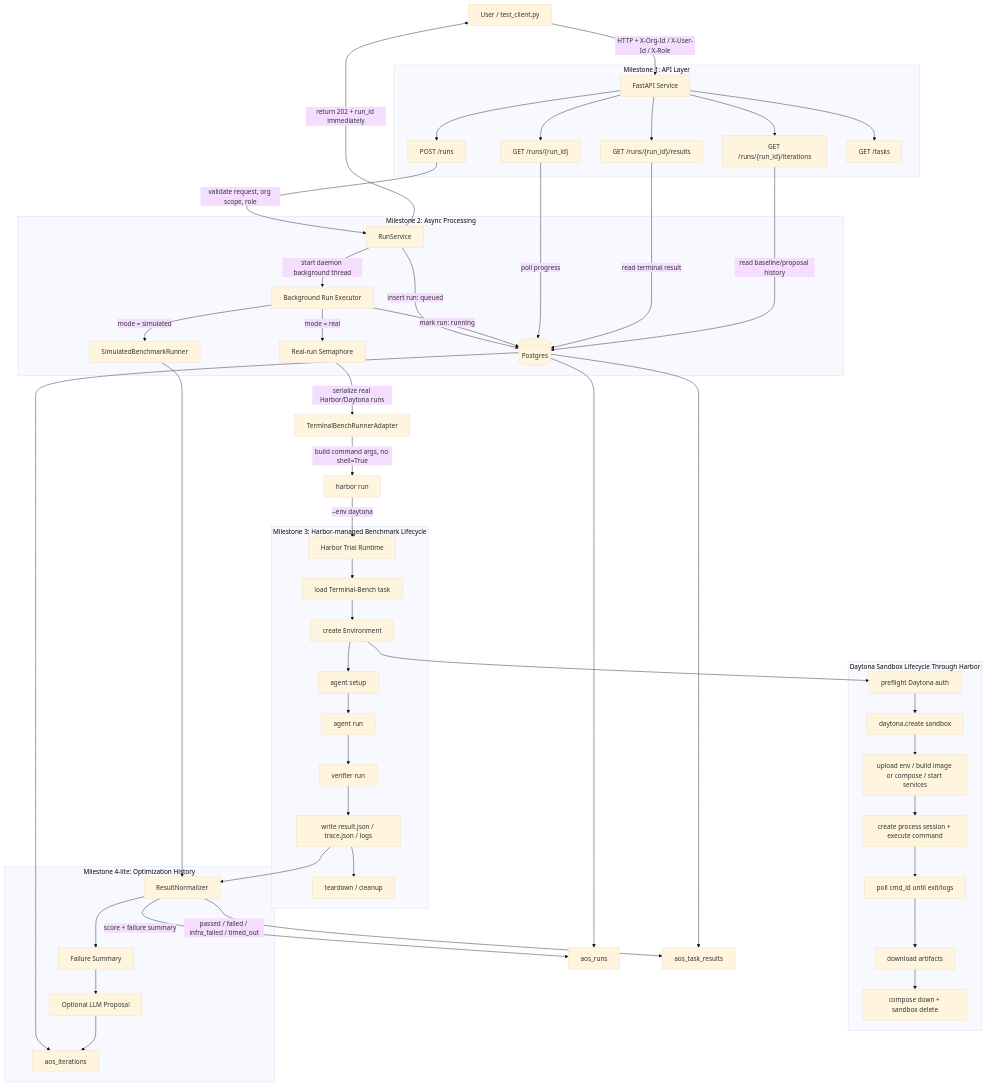
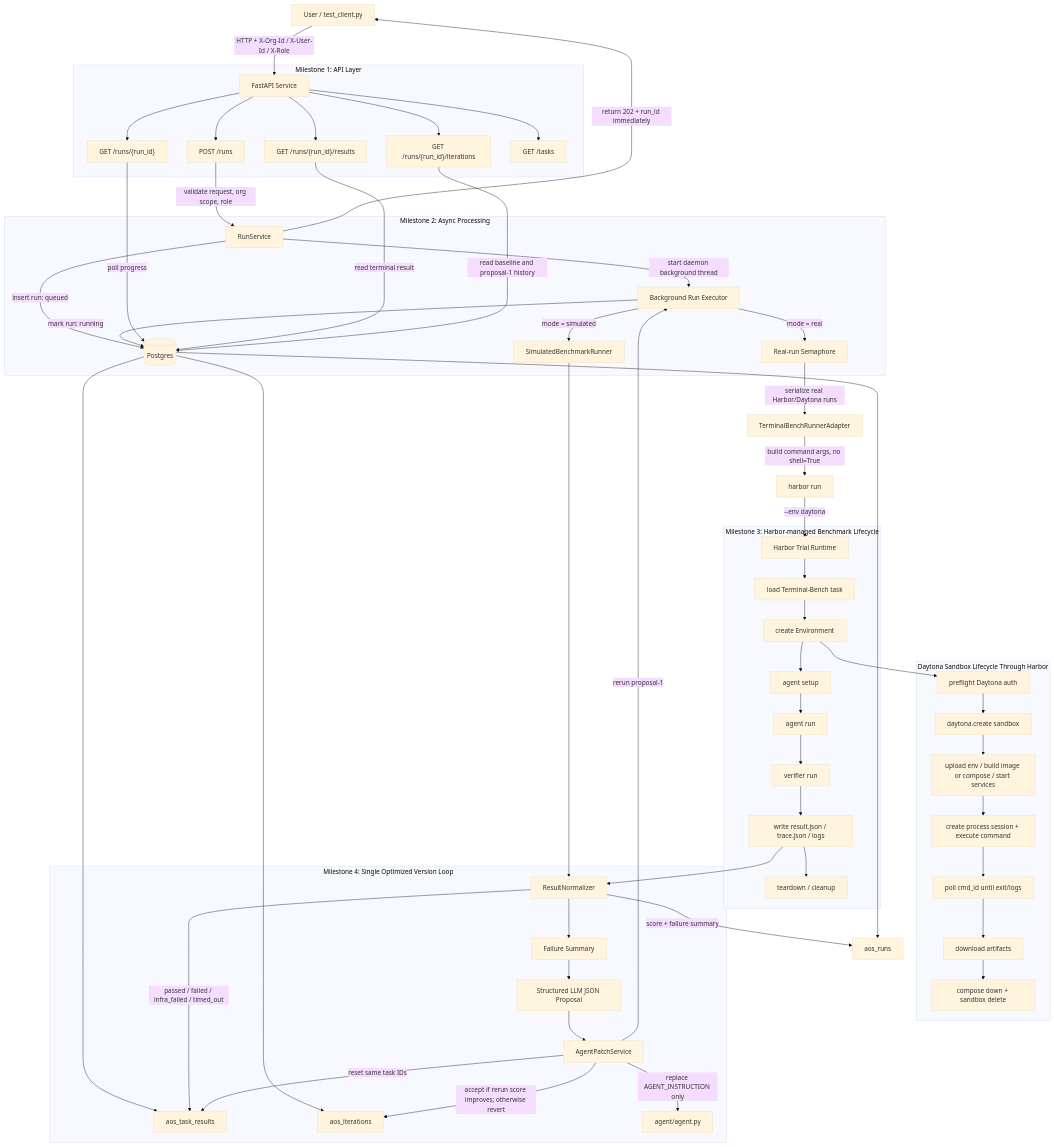
Before and after one commit to neosigmaai/auto-harness: the diagram in docs/takehome_mvp_system_design.md, drawn with Mermaid (base theme). The commit also changed other lines of this file and 27 other files, not shown here.

Commit message:
Implement agent optimization service MVP

````diff
--- a/docs/takehome_mvp_system_design.md
+++ b/docs/takehome_mvp_system_design.md
@@ -11,67 +11,71 @@
 ```mermaid
 flowchart TD
     U["User / test_client.py"] -->|"HTTP + X-Org-Id / X-User-Id / X-Role"| API["FastAPI Service"]
 
     subgraph API_LAYER["Milestone 1: API Layer"]
         API --> POST["POST /runs"]
         API --> STATUS["GET /runs/{run_id}"]
         API --> RESULTS["GET /runs/{run_id}/results"]
         API --> ITERS["GET /runs/{run_id}/iterations"]
         API --> TASKLIST["GET /tasks"]
     end
 
     POST -->|"validate request, org scope, role"| RS["RunService"]
     RS -->|"insert run: queued"| PG[("Postgres")]
     PG --> RUNS["aos_runs"]
     PG --> TASK_RESULTS["aos_task_results"]
     PG --> ITERATIONS["aos_iterations"]
 
     RS -->|"return 202 + run_id immediately"| U
 
     subgraph ASYNC["Milestone 2: Async Processing"]
         RS -->|"start daemon background thread"| BG["Background Run Executor"]
         BG -->|"mark run: running"| PG
         BG -->|"mode = simulated"| SIM["SimulatedBenchmarkRunner"]
         BG -->|"mode = real"| LOCK["Real-run Semaphore"]
     end
 
     LOCK -->|"serialize real Harbor/Daytona runs"| ADAPTER["TerminalBenchRunnerAdapter"]
     ADAPTER -->|"build command args, no shell=True"| HARBOR_CLI["harbor run"]
     HARBOR_CLI -->|"--env daytona"| HARBOR_RUNTIME["Harbor Trial Runtime"]
 
     subgraph HARBOR["Milestone 3: Harbor-managed Benchmark Lifecycle"]
         HARBOR_RUNTIME --> LOAD_TASK["load Terminal-Bench task"]
         LOAD_TASK --> CREATE_ENV["create Environment"]
         CREATE_ENV --> AGENT_SETUP["agent setup"]
         AGENT_SETUP --> AGENT_RUN["agent run"]
         AGENT_RUN --> VERIFY["verifier run"]
         VERIFY --> WRITE_ARTIFACTS["write result.json / trace.json / logs"]
         WRITE_ARTIFACTS --> HARBOR_CLEANUP["teardown / cleanup"]
     end
 
     subgraph DAYTONA["Daytona Sandbox Lifecycle Through Harbor"]
         CREATE_ENV --> PRECHECK["preflight Daytona auth"]
         PRECHECK --> CREATE_SANDBOX["daytona.create sandbox"]
         CREATE_SANDBOX --> SETUP_SANDBOX["upload env / build image or compose / start services"]
         SETUP_SANDBOX --> EXEC_CMD["create process session + execute command"]
         EXEC_CMD --> POLL_CMD["poll cmd_id until exit/logs"]
         POLL_CMD --> DOWNLOAD["download artifacts"]
         DOWNLOAD --> DELETE_SANDBOX["compose down + sandbox delete"]
     end
 
     WRITE_ARTIFACTS --> NORMALIZER["ResultNormalizer"]
     SIM --> NORMALIZER
 
     NORMALIZER -->|"passed / failed / infra_failed / timed_out"| TASK_RESULTS
     NORMALIZER -->|"score + failure summary"| RUNS
 
-    subgraph OPT["Milestone 4-lite: Optimization History"]
+    subgraph OPT["Milestone 4: Single Optimized Version Loop"]
         NORMALIZER --> FAILURE_SUMMARY["Failure Summary"]
-        FAILURE_SUMMARY --> LLM["Optional LLM Proposal"]
-        LLM --> ITERATIONS
+        FAILURE_SUMMARY --> LLM["Structured LLM JSON Proposal"]
+        LLM --> PATCH["AgentPatchService"]
+        PATCH -->|"replace AGENT_INSTRUCTION only"| AGENT_FILE["agent/agent.py"]
+        PATCH -->|"reset same task IDs"| TASK_RESULTS
+        PATCH -->|"rerun proposal-1"| BG
+        PATCH -->|"accept if rerun score improves; otherwise revert"| ITERATIONS
     end
 
     STATUS -->|"poll progress"| PG
     RESULTS -->|"read terminal result"| PG
-    ITERS -->|"read baseline/proposal history"| PG
+    ITERS -->|"read baseline and proposal-1 history"| PG
 ```
````
